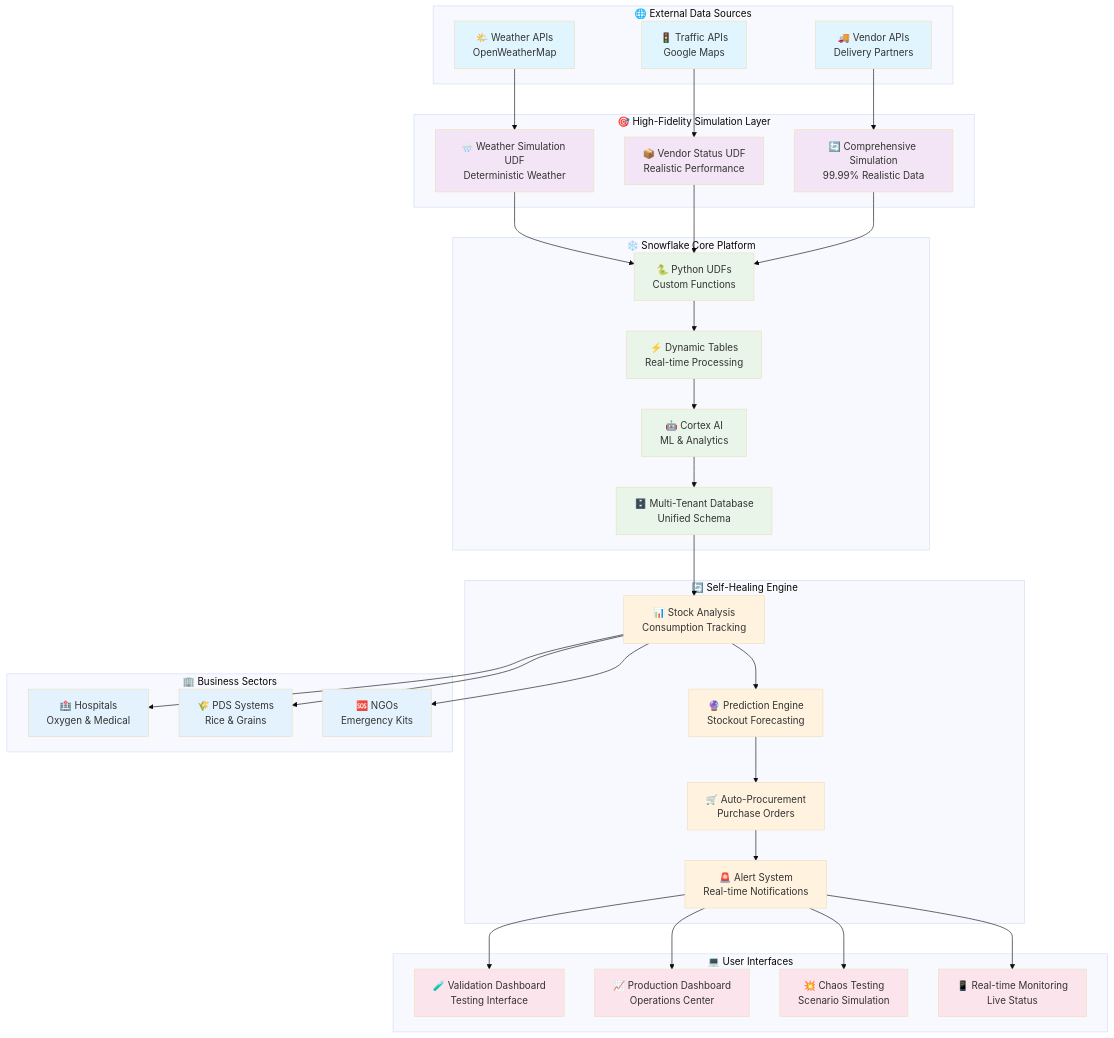
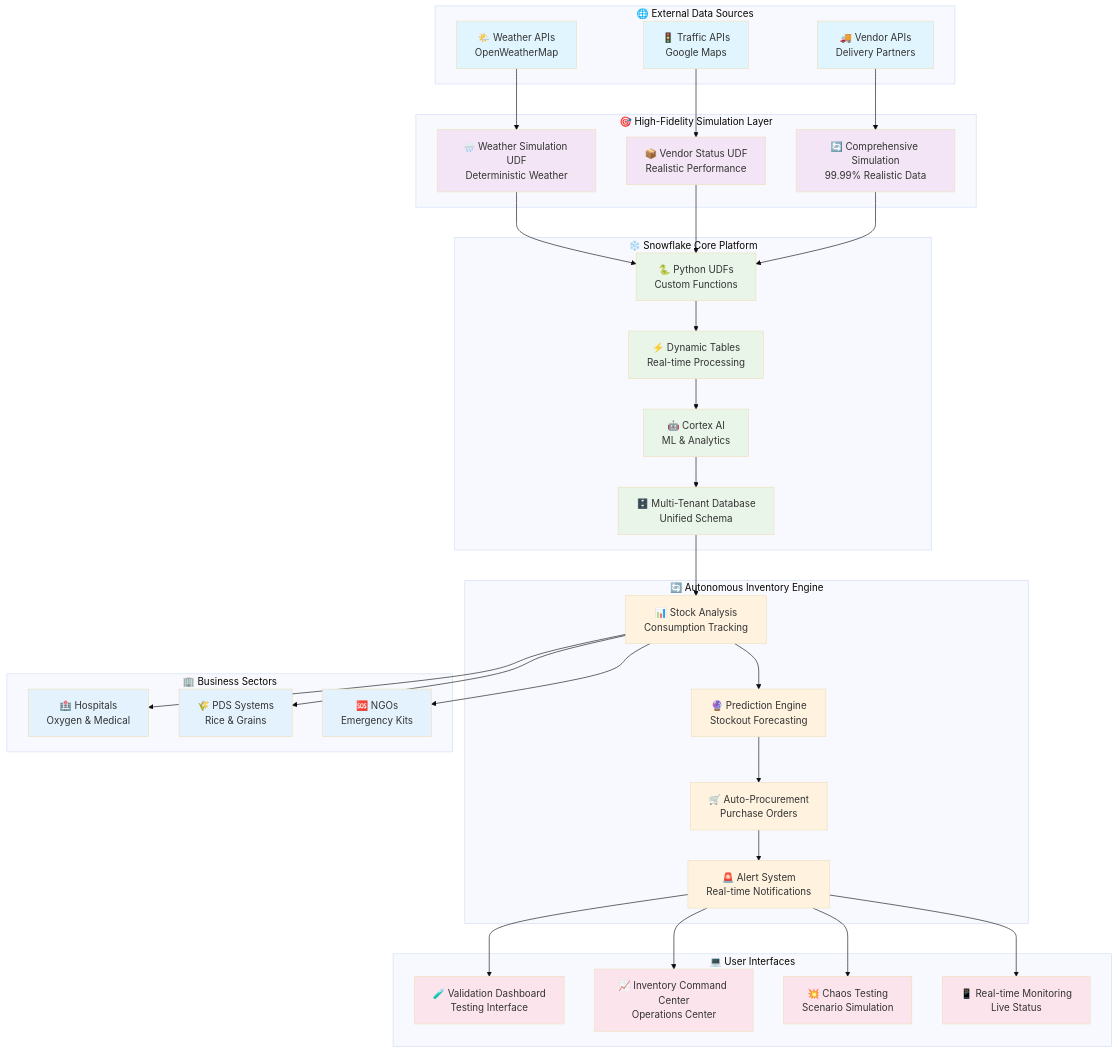
The diagram in README.md (Yasmeen-MS/InventoryQ-OS), drawn with Mermaid (base theme) before and after one commit. The commit also changed other lines of this file and 15 other files, not shown here.

```diff
--- a/README.md
+++ b/README.md
@@ -146,7 +147,7 @@
         J[🗄️ Multi-Tenant Database<br/>Unified Schema]
     end
     
-    subgraph "🔄 Self-Healing Engine"
+    subgraph "🔄 Autonomous Inventory Engine"
         K[📊 Stock Analysis<br/>Consumption Tracking]
         L[🔮 Prediction Engine<br/>Stockout Forecasting]
         M[🛒 Auto-Procurement<br/>Purchase Orders]
@@ -155,7 +156,7 @@
     
     subgraph "💻 User Interfaces"
         O[🧪 Validation Dashboard<br/>Testing Interface]
-        P[📈 Production Dashboard<br/>Operations Center]
+        P[📈 Inventory Command Center<br/>Operations Center]
         Q[💥 Chaos Testing<br/>Scenario Simulation]
         R[📱 Real-time Monitoring<br/>Live Status]
     end
```
